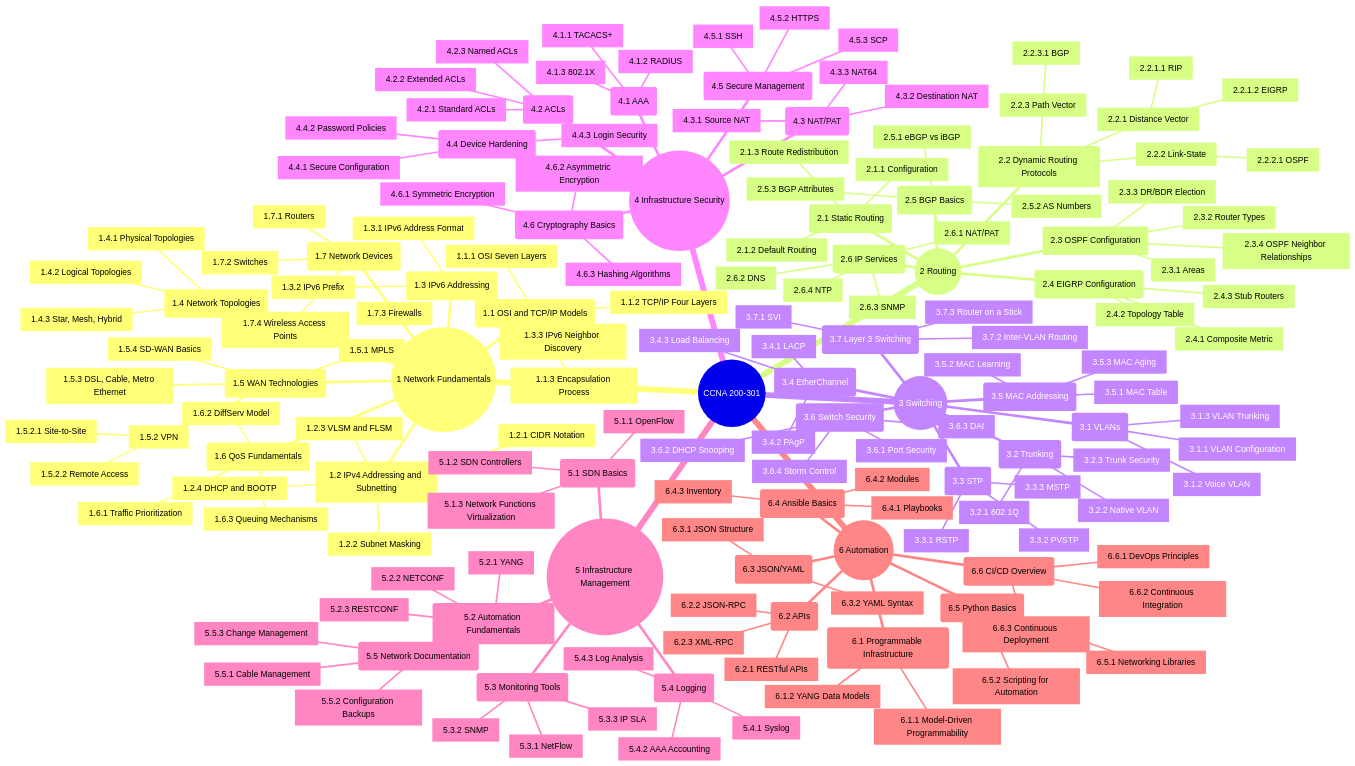
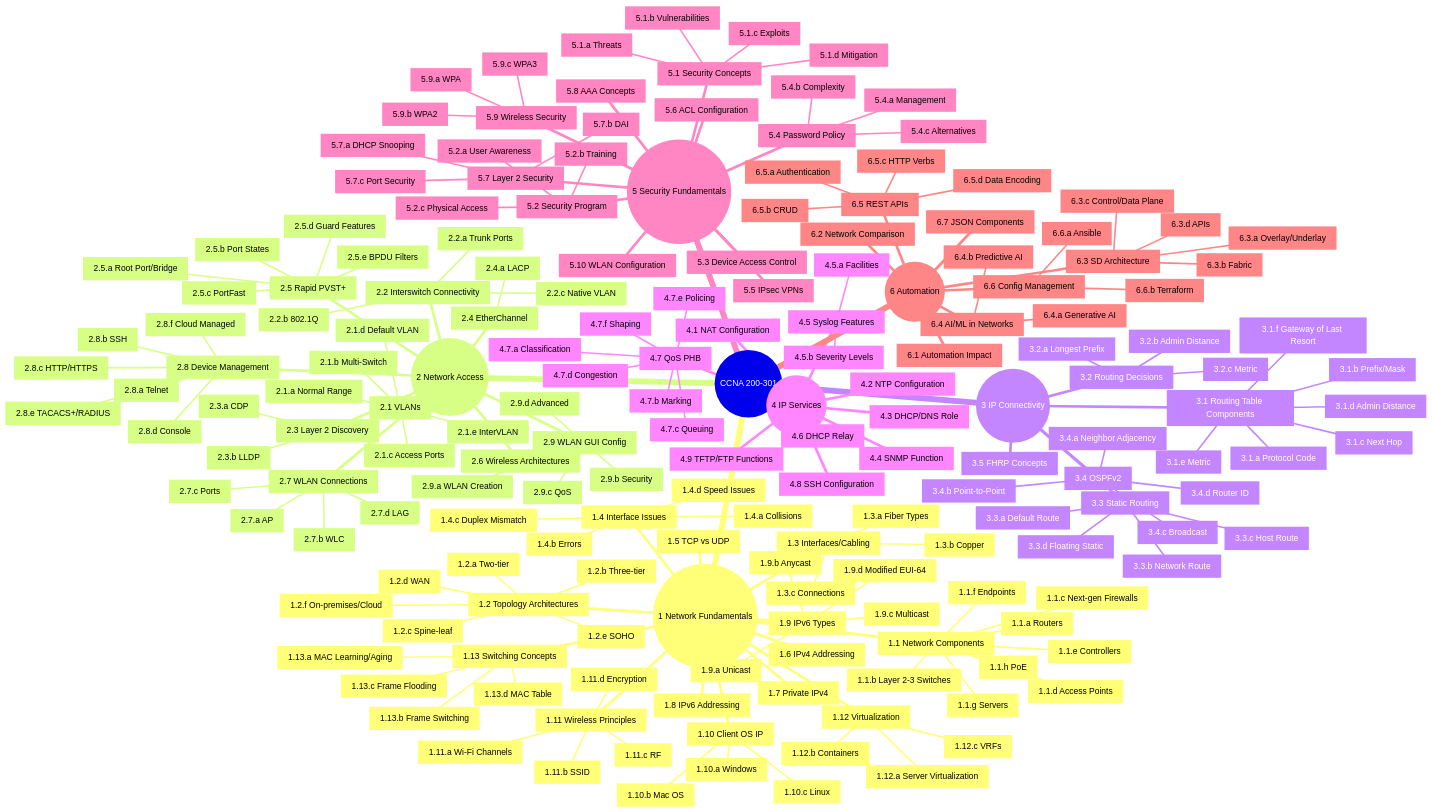
Before and after one commit to sbzsilva/mindmap: the diagram in Cisco/CCNA/200-301.md, drawn with Mermaid.

````diff
--- a/Cisco/CCNA/200-301.md
+++ b/Cisco/CCNA/200-301.md
@@ -2,172 +2,189 @@
 mindmap
   root((CCNA 200-301))
     id((1 Network Fundamentals))
-    ::icon(fa fa-network-wired)
-      id(1.1 OSI and TCP/IP Models)
-        id[1.1.1 OSI Seven Layers]
-        id[1.1.2 TCP/IP Four Layers]
-        id[1.1.3 Encapsulation Process]
-      id(1.2 IPv4 Addressing and Subnetting)
-        id[1.2.1 CIDR Notation]
-        id[1.2.2 Subnet Masking]
-        id[1.2.3 VLSM and FLSM]
-        id[1.2.4 DHCP and BOOTP]
-      id(1.3 IPv6 Addressing)
-        id[1.3.1 IPv6 Address Format]
-        id[1.3.2 IPv6 Prefix]
-        id[1.3.3 IPv6 Neighbor Discovery]
-      id(1.4 Network Topologies)
-        id[1.4.1 Physical Topologies]
-        id[1.4.2 Logical Topologies]
-        id[1.4.3 Star, Mesh, Hybrid]
-      id(1.5 WAN Technologies)
-        id[1.5.1 MPLS]
-        id[1.5.2 VPN]
-          id[1.5.2.1 Site-to-Site]
-          id[1.5.2.2 Remote Access]
-        id[1.5.3 DSL, Cable, Metro Ethernet]
-        id[1.5.4 SD-WAN Basics]
-      id(1.6 QoS Fundamentals)
-        id[1.6.1 Traffic Prioritization]
-        id[1.6.2 DiffServ Model]
-        id[1.6.3 Queuing Mechanisms]
-      id(1.7 Network Devices)
-        id[1.7.1 Routers]
-        id[1.7.2 Switches]
-        id[1.7.3 Firewalls]
-        id[1.7.4 Wireless Access Points]
+      id[1.1 Network Components]
+        id[1.1.a Routers]
+        id[1.1.b Layer 2-3 Switches]
+        id[1.1.c Next-gen Firewalls]
+        id[1.1.d Access Points]
+        id[1.1.e Controllers]
+        id[1.1.f Endpoints]
+        id[1.1.g Servers]
+        id[1.1.h PoE]
+      id[1.2 Topology Architectures]
+        id[1.2.a Two-tier]
+        id[1.2.b Three-tier]
+        id[1.2.c Spine-leaf]
+        id[1.2.d WAN]
+        id[1.2.e SOHO]
+        id[1.2.f On-premises/Cloud]
+      id[1.3 Interfaces/Cabling]
+        id[1.3.a Fiber Types]
+        id[1.3.b Copper]
+        id[1.3.c Connections]
+      id[1.4 Interface Issues]
+        id[1.4.a Collisions]
+        id[1.4.b Errors]
+        id[1.4.c Duplex Mismatch]
+        id[1.4.d Speed Issues]
+      id[1.5 TCP vs UDP]
+      id[1.6 IPv4 Addressing]
+      id[1.7 Private IPv4]
+      id[1.8 IPv6 Addressing]
+      id[1.9 IPv6 Types]
+        id[1.9.a Unicast]
+        id[1.9.b Anycast]
+        id[1.9.c Multicast]
+        id[1.9.d Modified EUI-64]
+      id[1.10 Client OS IP]
+        id[1.10.a Windows]
+        id[1.10.b Mac OS]
+        id[1.10.c Linux]
+      id[1.11 Wireless Principles]
+        id[1.11.a Wi-Fi Channels]
+        id[1.11.b SSID]
+        id[1.11.c RF]
+        id[1.11.d Encryption]
+      id[1.12 Virtualization]
+        id[1.12.a Server Virtualization]
+        id[1.12.b Containers]
+        id[1.12.c VRFs]
+      id[1.13 Switching Concepts]
+        id[1.13.a MAC Learning/Aging]
+        id[1.13.b Frame Switching]
+        id[1.13.c Frame Flooding]
+        id[1.13.d MAC Table]
 
-    id((2 Routing))
-      id(2.1 Static Routing)
-        id[2.1.1 Configuration]
-        id[2.1.2 Default Routing]
-        id[2.1.3 Route Redistribution]
-      id(2.2 Dynamic Routing Protocols)
-        id[2.2.1 Distance Vector]
-          id[2.2.1.1 RIP]
-          id[2.2.1.2 EIGRP]
-        id[2.2.2 Link-State]
-          id[2.2.2.1 OSPF]
-        id[2.2.3 Path Vector]
-          id[2.2.3.1 BGP]
-      id(2.3 OSPF Configuration)
-        id[2.3.1 Areas]
-        id[2.3.2 Router Types]
-        id[2.3.3 DR/BDR Election]
-        id[2.3.4 OSPF Neighbor Relationships]
-      id(2.4 EIGRP Configuration)
-        id[2.4.1 Composite Metric]
-        id[2.4.2 Topology Table]
-        id[2.4.3 Stub Routers]
-      id(2.5 BGP Basics)
-        id[2.5.1 eBGP vs iBGP]
-        id[2.5.2 AS Numbers]
-        id[2.5.3 BGP Attributes]
-      id(2.6 IP Services)
-        id[2.6.1 NAT/PAT]
-        id[2.6.2 DNS]
-        id[2.6.3 SNMP]
-        id[2.6.4 NTP]
+    id((2 Network Access))
+      id[2.1 VLANs]
+        id[2.1.a Normal Range]
+        id[2.1.b Multi-Switch]
+        id[2.1.c Access Ports]
+        id[2.1.d Default VLAN]
+        id[2.1.e InterVLAN]
+      id[2.2 Interswitch Connectivity]
+        id[2.2.a Trunk Ports]
+        id[2.2.b 802.1Q]
+        id[2.2.c Native VLAN]
+      id[2.3 Layer 2 Discovery]
+        id[2.3.a CDP]
+        id[2.3.b LLDP]
+      id[2.4 EtherChannel]
+        id[2.4.a LACP]
+      id[2.5 Rapid PVST+]
+        id[2.5.a Root Port/Bridge]
+        id[2.5.b Port States]
+        id[2.5.c PortFast]
+        id[2.5.d Guard Features]
+        id[2.5.e BPDU Filters]
+      id[2.6 Wireless Architectures]
+      id[2.7 WLAN Connections]
+        id[2.7.a AP]
+        id[2.7.b WLC]
+        id[2.7.c Ports]
+        id[2.7.d LAG]
+      id[2.8 Device Management]
+        id[2.8.a Telnet]
+        id[2.8.b SSH]
+        id[2.8.c HTTP/HTTPS]
+        id[2.8.d Console]
+        id[2.8.e TACACS+/RADIUS]
+        id[2.8.f Cloud Managed]
+      id[2.9 WLAN GUI Config]
+        id[2.9.a WLAN Creation]
+        id[2.9.b Security]
+        id[2.9.c QoS]
+        id[2.9.d Advanced]
 
-    id((3 Switching))
-      id(3.1 VLANs)
-        id[3.1.1 VLAN Configuration]
-        id[3.1.2 Voice VLAN]
-        id[3.1.3 VLAN Trunking]
-      id(3.2 Trunking)
-        id[3.2.1 802.1Q]
-        id[3.2.2 Native VLAN]
-        id[3.2.3 Trunk Security]
-      id(3.3 STP)
-        id[3.3.1 RSTP]
-        id[3.3.2 PVSTP]
-        id[3.3.3 MSTP]
-      id(3.4 EtherChannel)
-        id[3.4.1 LACP]
-        id[3.4.2 PAgP]
-        id[3.4.3 Load Balancing]
-      id(3.5 MAC Addressing)
-        id[3.5.1 MAC Table]
-        id[3.5.2 MAC Learning]
-        id[3.5.3 MAC Aging]
-      id(3.6 Switch Security)
-        id[3.6.1 Port Security]
-        id[3.6.2 DHCP Snooping]
-        id[3.6.3 DAI]
-        id[3.6.4 Storm Control]
-      id(3.7 Layer 3 Switching)
-        id[3.7.1 SVI]
-        id[3.7.2 Inter-VLAN Routing]
-        id[3.7.3 Router on a Stick]
+    id((3 IP Connectivity))
+      id[3.1 Routing Table Components]
+        id[3.1.a Protocol Code]
+        id[3.1.b Prefix/Mask]
+        id[3.1.c Next Hop]
+        id[3.1.d Admin Distance]
+        id[3.1.e Metric]
+        id[3.1.f Gateway of Last Resort]
+      id[3.2 Routing Decisions]
+        id[3.2.a Longest Prefix]
+        id[3.2.b Admin Distance]
+        id[3.2.c Metric]
+      id[3.3 Static Routing]
+        id[3.3.a Default Route]
+        id[3.3.b Network Route]
+        id[3.3.c Host Route]
+        id[3.3.d Floating Static]
+      id[3.4 OSPFv2]
+        id[3.4.a Neighbor Adjacency]
+        id[3.4.b Point-to-Point]
+        id[3.4.c Broadcast]
+        id[3.4.d Router ID]
+      id[3.5 FHRP Concepts]
 
-    id((4 Infrastructure Security))
-      id(4.1 AAA)
-        id[4.1.1 TACACS+]
-        id[4.1.2 RADIUS]
-        id[4.1.3 802.1X]
-      id(4.2 ACLs)
-        id[4.2.1 Standard ACLs]
-        id[4.2.2 Extended ACLs]
-        id[4.2.3 Named ACLs]
-      id(4.3 NAT/PAT)
-        id[4.3.1 Source NAT]
-        id[4.3.2 Destination NAT]
-        id[4.3.3 NAT64]
-      id(4.4 Device Hardening)
-        id[4.4.1 Secure Configuration]
-        id[4.4.2 Password Policies]
-        id[4.4.3 Login Security]
-      id(4.5 Secure Management)
-        id[4.5.1 SSH]
-        id[4.5.2 HTTPS]
-        id[4.5.3 SCP]
-      id(4.6 Cryptography Basics)
-        id[4.6.1 Symmetric Encryption]
-        id[4.6.2 Asymmetric Encryption]
-        id[4.6.3 Hashing Algorithms]
+    id((4 IP Services))
+      id[4.1 NAT Configuration]
+      id[4.2 NTP Configuration]
+      id[4.3 DHCP/DNS Role]
+      id[4.4 SNMP Function]
+      id[4.5 Syslog Features]
+        id[4.5.a Facilities]
+        id[4.5.b Severity Levels]
+      id[4.6 DHCP Relay]
+      id[4.7 QoS PHB]
+        id[4.7.a Classification]
+        id[4.7.b Marking]
+        id[4.7.c Queuing]
+        id[4.7.d Congestion]
+        id[4.7.e Policing]
+        id[4.7.f Shaping]
+      id[4.8 SSH Configuration]
+      id[4.9 TFTP/FTP Functions]
 
-    id((5 Infrastructure Management))
-      id(5.1 SDN Basics)
-        id[5.1.1 OpenFlow]
-        id[5.1.2 SDN Controllers]
-        id[5.1.3 Network Functions Virtualization]
-      id(5.2 Automation Fundamentals)
-        id[5.2.1 YANG]
-        id[5.2.2 NETCONF]
-        id[5.2.3 RESTCONF]
-      id(5.3 Monitoring Tools)
-        id[5.3.1 NetFlow]
-        id[5.3.2 SNMP]
-        id[5.3.3 IP SLA]
-      id(5.4 Logging)
-        id[5.4.1 Syslog]
-        id[5.4.2 AAA Accounting]
-        id[5.4.3 Log Analysis]
-      id(5.5 Network Documentation)
-        id[5.5.1 Cable Management]
-        id[5.5.2 Configuration Backups]
-        id[5.5.3 Change Management]
+    id((5 Security Fundamentals))
+      id[5.1 Security Concepts]
+        id[5.1.a Threats]
+        id[5.1.b Vulnerabilities]
+        id[5.1.c Exploits]
+        id[5.1.d Mitigation]
+      id[5.2 Security Program]
+        id[5.2.a User Awareness]
+        id[5.2.b Training]
+        id[5.2.c Physical Access]
+      id[5.3 Device Access Control]
+      id[5.4 Password Policy]
+        id[5.4.a Management]
+        id[5.4.b Complexity]
+        id[5.4.c Alternatives]
+      id[5.5 IPsec VPNs]
+      id[5.6 ACL Configuration]
+      id[5.7 Layer 2 Security]
+        id[5.7.a DHCP Snooping]
+        id[5.7.b DAI]
+        id[5.7.c Port Security]
+      id[5.8 AAA Concepts]
+      id[5.9 Wireless Security]
+        id[5.9.a WPA]
+        id[5.9.b WPA2]
+        id[5.9.c WPA3]
+      id[5.10 WLAN Configuration]
 
     id((6 Automation))
-      id(6.1 Programmable Infrastructure)
-        id[6.1.1 Model-Driven Programmability]
-        id[6.1.2 YANG Data Models]
-      id(6.2 APIs)
-        id[6.2.1 RESTful APIs]
-        id[6.2.2 JSON-RPC]
-        id[6.2.3 XML-RPC]
-      id(6.3 JSON/YAML)
-        id[6.3.1 JSON Structure]
-        id[6.3.2 YAML Syntax]
-      id(6.4 Ansible Basics)
-        id[6.4.1 Playbooks]
-        id[6.4.2 Modules]
-        id[6.4.3 Inventory]
-      id(6.5 Python Basics)
-        id[6.5.1 Networking Libraries]
-        id[6.5.2 Scripting for Automation]
-      id(6.6 CI/CD Overview)
-        id[6.6.1 DevOps Principles]
-        id[6.6.2 Continuous Integration]
-        id[6.6.3 Continuous Deployment]
+      id[6.1 Automation Impact]
+      id[6.2 Network Comparison]
+      id[6.3 SD Architecture]
+        id[6.3.a Overlay/Underlay]
+        id[6.3.b Fabric]
+        id[6.3.c Control/Data Plane]
+        id[6.3.d APIs]
+      id[6.4 AI/ML in Networks]
+        id[6.4.a Generative AI]
+        id[6.4.b Predictive AI]
+      id[6.5 REST APIs]
+        id[6.5.a Authentication]
+        id[6.5.b CRUD]
+        id[6.5.c HTTP Verbs]
+        id[6.5.d Data Encoding]
+      id[6.6 Config Management]
+        id[6.6.a Ansible]
+        id[6.6.b Terraform]
+      id[6.7 JSON Components]
 ```
````
